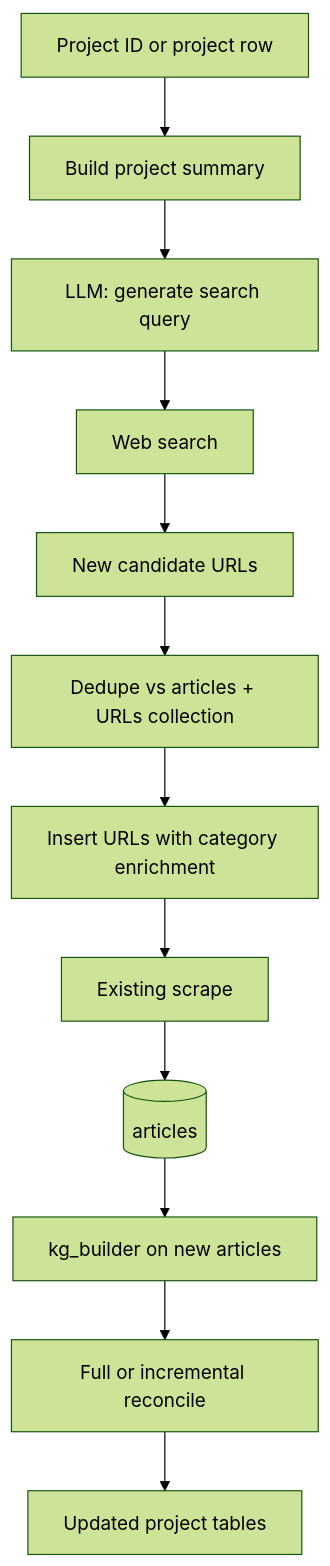
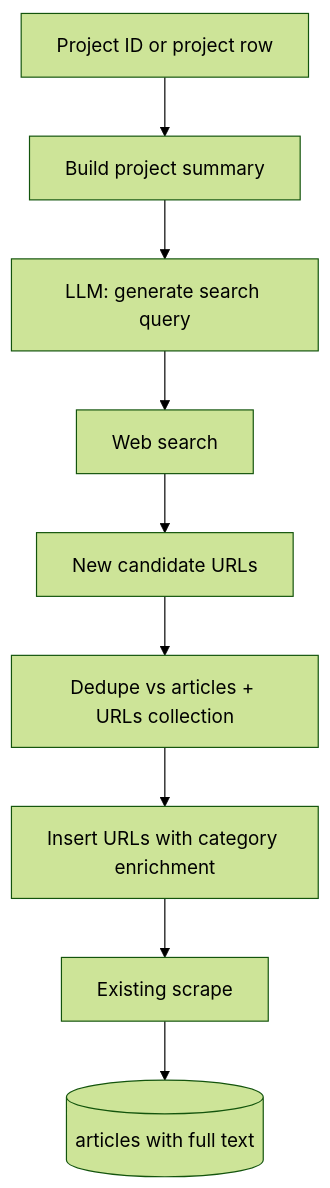
The second of 2 diagrams in .cursor/plans/project_enrichment_search_feature_ff5c2344.plan.md (benmcwilliams/tuone-core), drawn with Mermaid (forest theme) before and after one commit. The commit also changed other lines of this file and 25 other files, not shown here.

````diff
--- a/.cursor/plans/project_enrichment_search_feature_ff5c2344.plan.md
+++ b/.cursor/plans/project_enrichment_search_feature_ff5c2344.plan.md
@@ -30,15 +30,12 @@
 ```mermaid
 flowchart TB
   Input[Project ID or project row]
   Input --> Summarise[Build project summary]
   Summarise --> Query[LLM: generate search query]
   Query --> Search[Web search]
   Search --> URLs[New candidate URLs]
   URLs --> Dedupe[Dedupe vs articles + URLs collection]
   Dedupe --> Insert[Insert URLs with category enrichment]
   Insert --> Scrape[Existing scrape]
-  Scrape --> Mongo[(articles)]
-  Mongo --> KG[kg_builder on new articles]
-  KG --> Reconcile[Full or incremental reconcile]
-  Reconcile --> Projects[Updated project tables]
+  Scrape --> Mongo[(articles with full text)]
 ```
````
